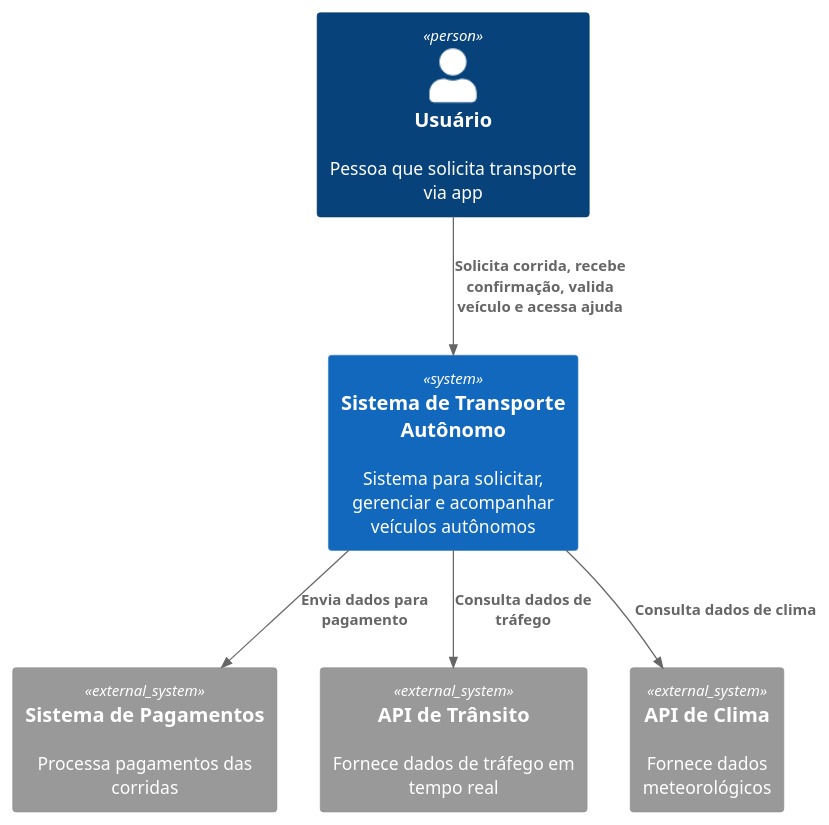
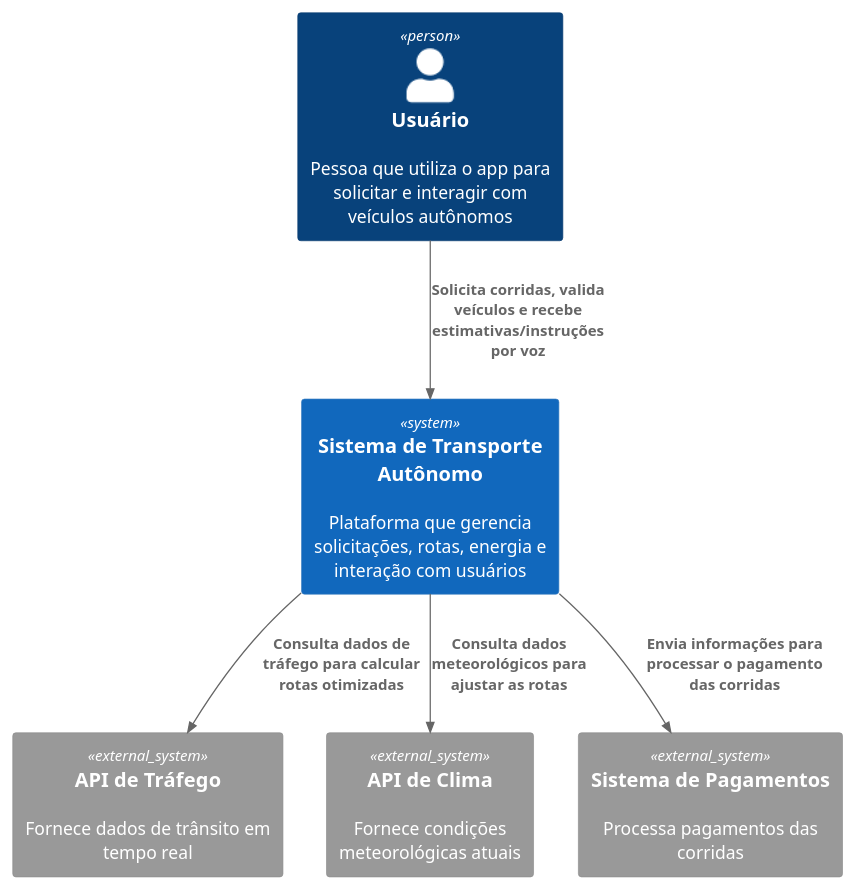
The diagram in trabalho_final/Diagramas (Iteraçao final)/contexto.puml (gilmarUFG/as_es_20251_g6), drawn with PlantUML before and after one commit.

Commit message:
contexto diagrama final

```diff
--- a/trabalho_final/Diagramas (Iteraçao final)/contexto.puml
+++ b/trabalho_final/Diagramas (Iteraçao final)/contexto.puml
@@ -1,14 +1,22 @@
 @startuml
 !include https://raw.githubusercontent.com/plantuml-stdlib/C4-PlantUML/master/C4_Context.puml
 
-Person(usuario, "Usuário", "Pessoa que solicita transporte via app")
-System(sistema, "Sistema de Transporte Autônomo", "Sistema para solicitar, gerenciar e acompanhar veículos autônomos")
+' Atores humanos
+Person(usuario, "Usuário", "Pessoa que utiliza o app para solicitar e interagir com veículos autônomos")
+
+' Sistema principal
+System(sistema, "Sistema de Transporte Autônomo", "Plataforma que gerencia solicitações, rotas, energia e interação com usuários")
+
+' Sistemas externos
+System_Ext(apiTrafego, "API de Tráfego", "Fornece dados de trânsito em tempo real")
+System_Ext(apiClima, "API de Clima", "Fornece condições meteorológicas atuais")
 System_Ext(servicoDePagamentos, "Sistema de Pagamentos", "Processa pagamentos das corridas")
-System_Ext(apiTrafego, "API de Trânsito", "Fornece dados de tráfego em tempo real")
-System_Ext(apiClima, "API de Clima", "Fornece dados meteorológicos")
 
-Rel(usuario, sistema, "Solicita corrida, recebe confirmação, valida veículo e acessa ajuda")
-Rel(sistema, servicoDePagamentos, "Envia dados para pagamento")
-Rel(sistema, apiTrafego, "Consulta dados de tráfego")
-Rel(sistema, apiClima, "Consulta dados de clima")
+
+' Relacionamentos
+Rel(usuario, sistema, "Solicita corridas, valida veículos e recebe estimativas/instruções por voz")
+
+Rel(sistema, apiTrafego, "Consulta dados de tráfego para calcular rotas otimizadas")
+Rel(sistema, apiClima, "Consulta dados meteorológicos para ajustar as rotas")
+Rel(sistema, servicoDePagamentos, "Envia informações para processar o pagamento das corridas")
 @enduml
```
